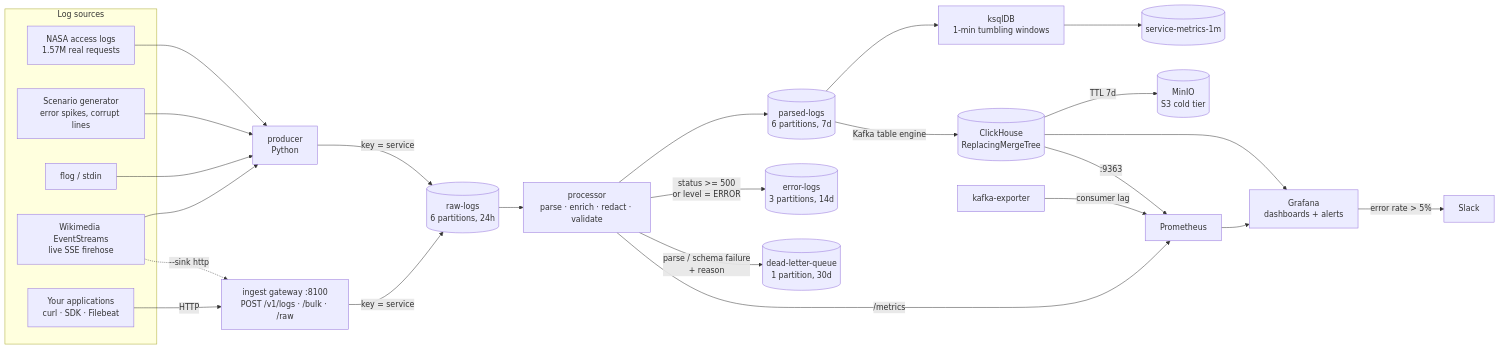
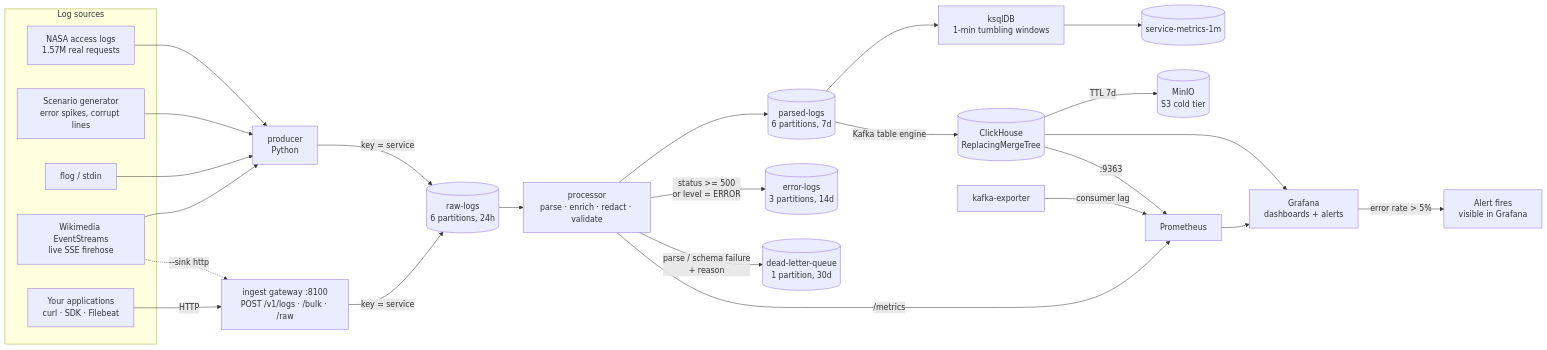
One commit to DhruvSharma-05/log-process-kafka changed the diagram in README.md. Above: the diagram before and after it, drawn with Mermaid. The commit also changed 7 other files, not shown here.

First line of the commit message:
fix(grafana): correct timeseries panel format, remove Slack alerting

````diff
--- a/README.md
+++ b/README.md
@@ -25,48 +25,47 @@
 ```mermaid
 flowchart LR
     subgraph sources[Log sources]
         NASA[NASA access logs<br/>1.57M real requests]
         SCEN[Scenario generator<br/>error spikes, corrupt lines]
         FLOG[flog / stdin]
         WIKI[Wikimedia EventStreams<br/>live SSE firehose]
         APPS[Your applications<br/>curl · SDK · Filebeat]
     end
 
     GATE[ingest gateway :8100<br/>POST /v1/logs · /bulk · /raw]
     PROD[producer<br/>Python]
     RAW[(raw-logs<br/>6 partitions, 24h)]
     PROC[processor<br/>parse · enrich · redact · validate]
     PARSED[(parsed-logs<br/>6 partitions, 7d)]
     ERR[(error-logs<br/>3 partitions, 14d)]
     DLQ[(dead-letter-queue<br/>1 partition, 30d)]
     KSQL[ksqlDB<br/>1-min tumbling windows]
     AGG[(service-metrics-1m)]
     CH[(ClickHouse<br/>ReplacingMergeTree)]
     MINIO[(MinIO<br/>S3 cold tier)]
     GRAF[Grafana<br/>dashboards + alerts]
     PROM[Prometheus]
     KEXP[kafka-exporter]
-    SLACK[Slack]
 
     NASA --> PROD
     SCEN --> PROD
     FLOG --> PROD
     APPS -->|HTTP| GATE
     WIKI --> PROD
     WIKI -.->|--sink http| GATE
     GATE -->|key = service| RAW
     PROD -->|key = service| RAW
     RAW --> PROC
     PROC --> PARSED
     PROC -->|status >= 500<br/>or level = ERROR| ERR
     PROC -->|parse / schema failure<br/>+ reason| DLQ
     PARSED --> KSQL --> AGG
     PARSED -->|Kafka table engine| CH
     CH -->|TTL 7d| MINIO
     CH --> GRAF
     KEXP -->|consumer lag| PROM
     PROC -->|/metrics| PROM
     CH -->|:9363| PROM
     PROM --> GRAF
-    GRAF -->|error rate > 5%| SLACK
+    GRAF -->|error rate > 5%| ALERT[Alert fires<br/>visible in Grafana]
 ```
````
